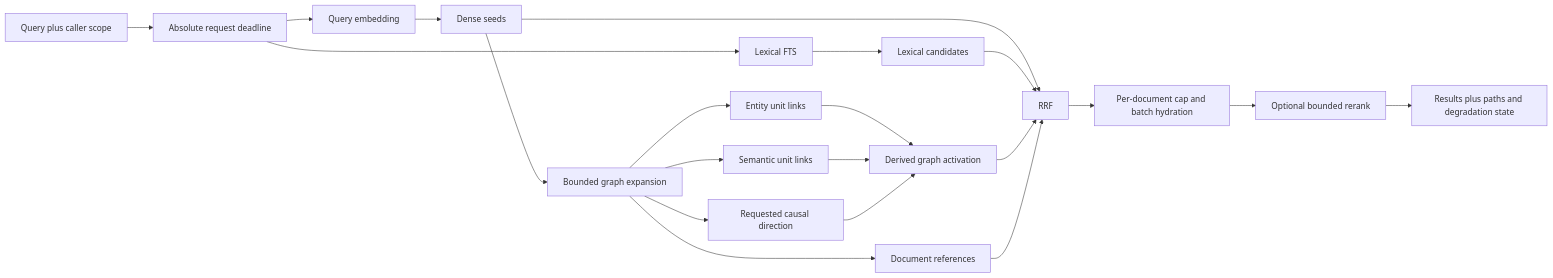
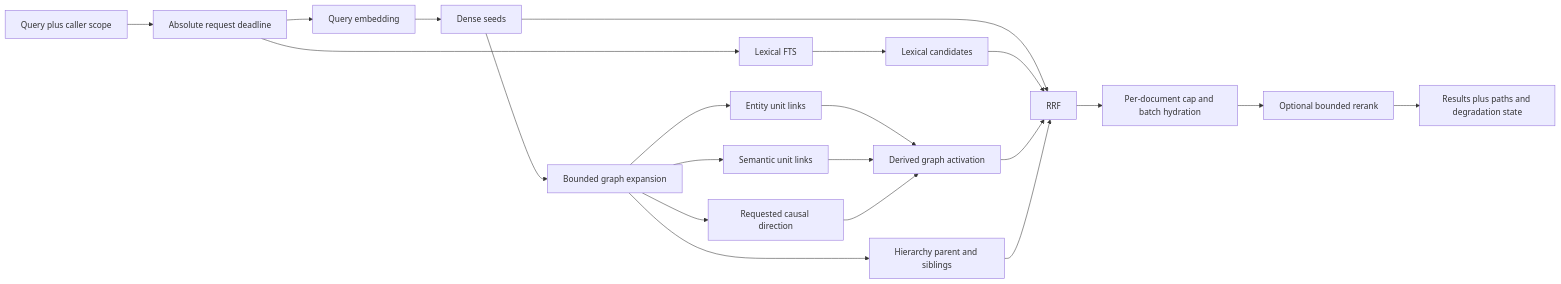
One commit to rocke2020/hindsight changed the diagram in learning/design_points/memos-hindsight-postgresql-graph-design.md. Above: the diagram before and after it, drawn with Mermaid. The commit also changed other lines of this file and 1 other file, not shown here.

````diff
--- a/learning/design_points/memos-hindsight-postgresql-graph-design.md
+++ b/learning/design_points/memos-hindsight-postgresql-graph-design.md
@@ -174,23 +161,23 @@
 ```mermaid
 flowchart LR
     Q[Query plus caller scope] --> D[Absolute request deadline]
     D --> E[Query embedding]
     D --> L[Lexical FTS]
     E --> S[Dense seeds]
     L --> F[Lexical candidates]
     S --> G[Bounded graph expansion]
     G --> U[Entity unit links]
-    G --> R[Document references]
+    G --> P[Hierarchy parent and siblings]
     G --> M[Semantic unit links]
     G --> C[Requested causal direction]
     U --> GA[Derived graph activation]
     M --> GA
     C --> GA
     S --> X[RRF]
     F --> X
     GA --> X
-    R --> X
+    P --> X
     X --> H[Per-document cap and batch hydration]
     H --> RR[Optional bounded rerank]
     RR --> O[Results plus paths and degradation state]
 ```
````
